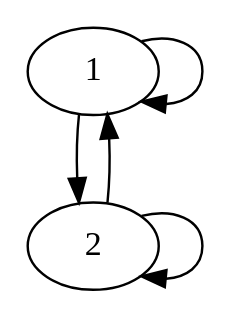
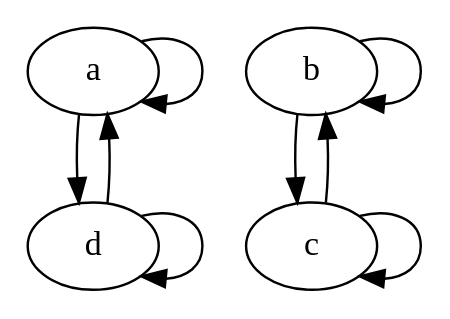
One commit to JairGF05/identificador_relaciones changed the diagram in grafo.gv. Above: the diagram before and after it, drawn with Graphviz. The commit also changed 5 other files, not shown here.

```diff
--- a/grafo.gv
+++ b/grafo.gv
@@ -1,6 +1,10 @@
 digraph G {
-	1 -> 1
-	1 -> 2
-	2 -> 1
-	2 -> 2
+	a -> a
+	a -> d
+	d -> d
+	d -> a
+	b -> b
+	b -> c
+	c -> c
+	c -> b
 }
```
